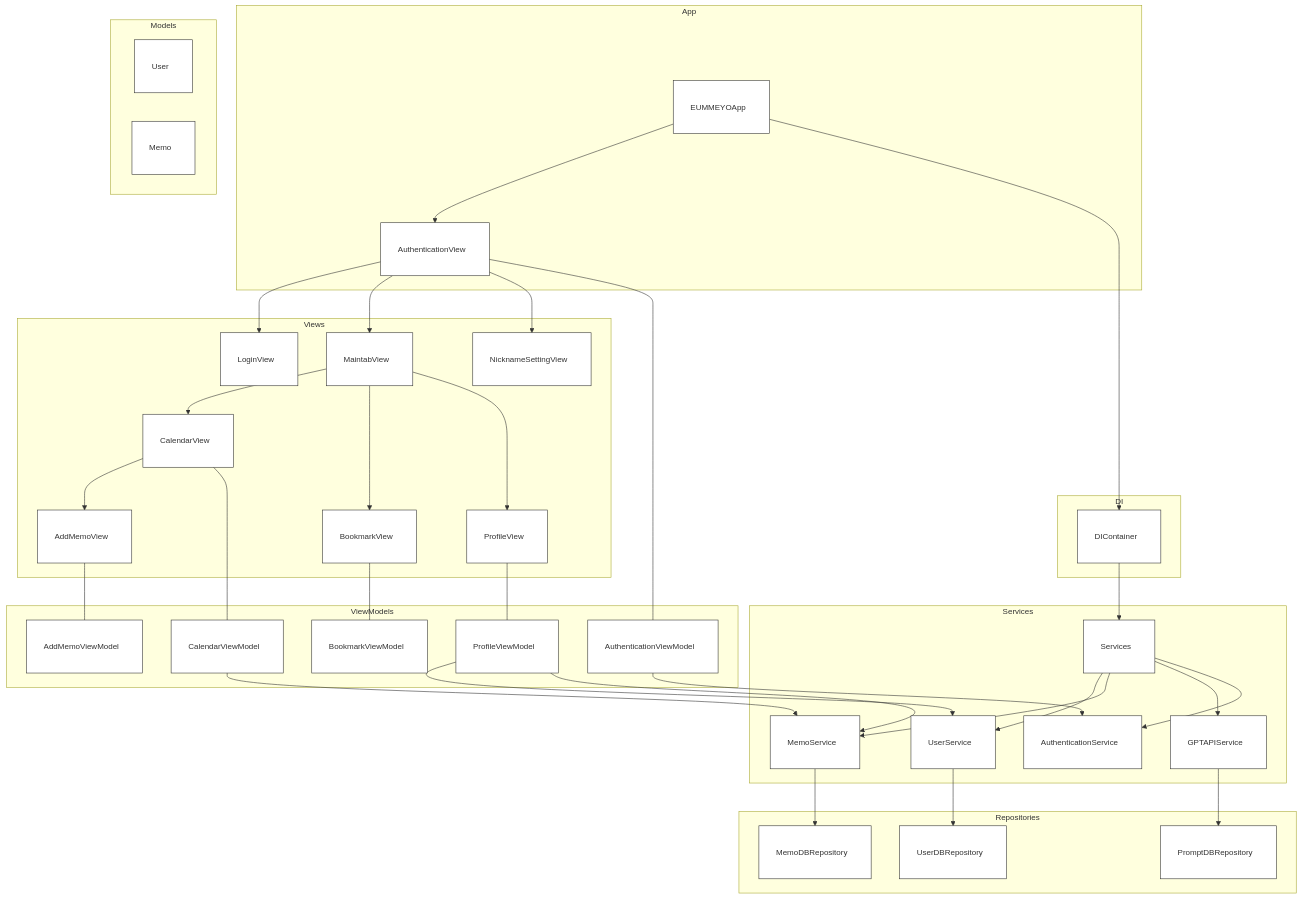
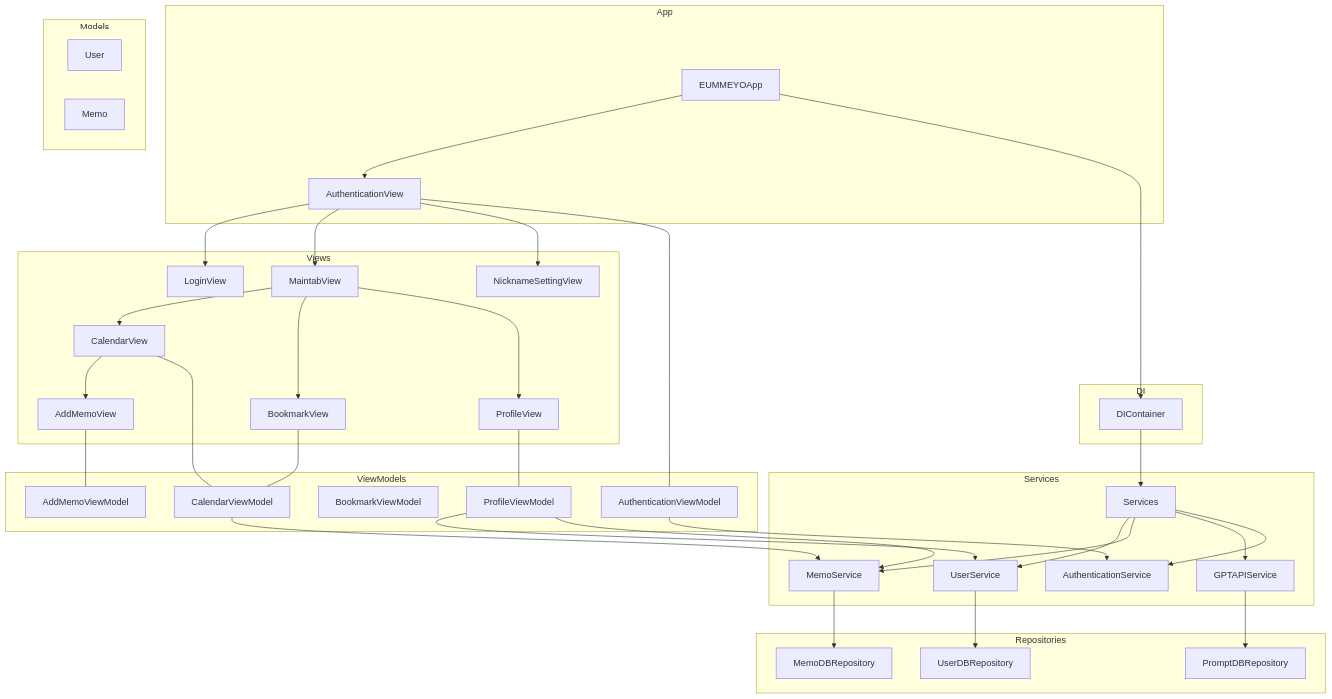
Before and after one commit to team-RETI/EUMMEYO: the diagram in README.md, drawn with Mermaid.

Commit message:
docs: readme 업데이트

````diff
--- a/README.md
+++ b/README.md
@@ -55,46 +55,41 @@
 ```mermaid
-%%{init: {'themeVariables': { 'fontSize': '14px', 'lineHeight': '18px'}}}%%
 graph TD
-    %% Subgraph: App
     subgraph App
-        A["EUMMEYOApp&nbsp;&nbsp;&nbsp;"] --> B["AuthenticationView&nbsp;&nbsp;&nbsp;"]
+        A[EUMMEYOApp] --> B[AuthenticationView]
     end
 
-    %% Subgraph: Views
     subgraph Views
-        B --> C["LoginView&nbsp;&nbsp;&nbsp;"]
-        B --> D["MaintabView&nbsp;&nbsp;&nbsp;"]
-        B --> E["NicknameSettingView&nbsp;&nbsp;&nbsp;"]
+        B --> C[LoginView]
+        B --> D[MaintabView]
+        B --> E[NicknameSettingView]
         
-        D --> F["CalendarView&nbsp;&nbsp;&nbsp;"]
-        D --> G["BookmarkView&nbsp;&nbsp;&nbsp;"]
-        D --> H["ProfileView&nbsp;&nbsp;&nbsp;"]
+        D --> F[CalendarView]
+        D --> G[BookmarkView]
+        D --> H[ProfileView]
         
-        F --> I["AddMemoView&nbsp;&nbsp;&nbsp;"]
+        F --> I[AddMemoView]
     end
 
-    %% Subgraph: ViewModels
     subgraph ViewModels
-        J["AuthenticationViewModel&nbsp;&nbsp;&nbsp;"]
-        K["CalendarViewModel&nbsp;&nbsp;&nbsp;"]
-        L["BookmarkViewModel&nbsp;&nbsp;&nbsp;"]
-        M["ProfileViewModel&nbsp;&nbsp;&nbsp;"]
-        N["AddMemoViewModel&nbsp;&nbsp;&nbsp;"]
+        J[AuthenticationViewModel]
+        K[CalendarViewModel]
+        L[BookmarkViewModel]
+        M[ProfileViewModel]
+        N[AddMemoViewModel]
         
         B --- J
         F --- K
-        G --- L
+        G --- K
         H --- M
         I --- N
     end
 
-    %% Subgraph: Services
     subgraph Services
-        O["Services&nbsp;&nbsp;&nbsp;"]
-        P["UserService&nbsp;&nbsp;&nbsp;"]
-        Q["MemoService&nbsp;&nbsp;&nbsp;"]
-        R["GPTAPIService&nbsp;&nbsp;&nbsp;"]
-        S["AuthenticationService&nbsp;&nbsp;&nbsp;"]
+        O[Services]
+        P[UserService]
+        Q[MemoService]
+        R[GPTAPIService]
+        S[AuthenticationService]
         
         O --> P
         O --> Q
@@ -102,37 +97,28 @@
         O --> S
     end
 
-    %% Subgraph: Repositories
     subgraph Repositories
-        T["UserDBRepository&nbsp;&nbsp;&nbsp;"]
-        U["MemoDBRepository&nbsp;&nbsp;&nbsp;"]
-        V["PromptDBRepository&nbsp;&nbsp;&nbsp;"]
+        T[UserDBRepository]
+        U[MemoDBRepository]
+        V[PromptDBRepository]
         
         P --> T
         Q --> U
         R --> V
     end
 
-    %% Subgraph: DI
     subgraph DI
-        W["DIContainer&nbsp;&nbsp;&nbsp;"] --> O
+        W[DIContainer] --> O
     end
 
-    %% Subgraph: Models
     subgraph Models
-        X["User&nbsp;&nbsp;&nbsp;"]
-        Y["Memo&nbsp;&nbsp;&nbsp;"]
+        X[User]
+        Y[Memo]
     end
 
-    %% 연결선 정의
     A --> W
     J --> S
     K --> Q
     M --> P
     M --> Q
-
-    %% 모든 노드에 패딩 스타일 적용 (브라우저나 렌더러에 따라 일부 속성이 반영되지 않을 수 있음)
-    classDef wide fill:#fff,stroke:#333,stroke-width:1px, padding:10px;
-    class A,B,C,D,E,F,G,H,I,J,K,L,M,N,O,P,Q,R,S,T,U,V,W,X,Y wide;
-
 ```
````
